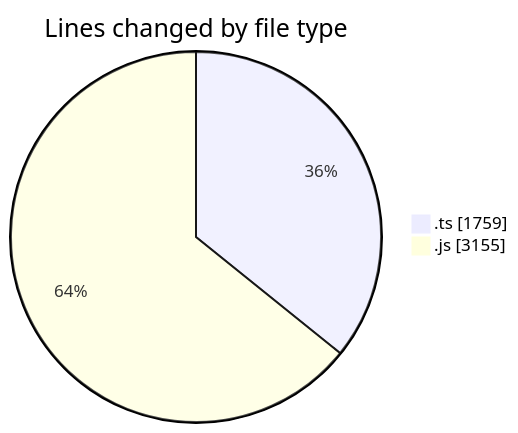
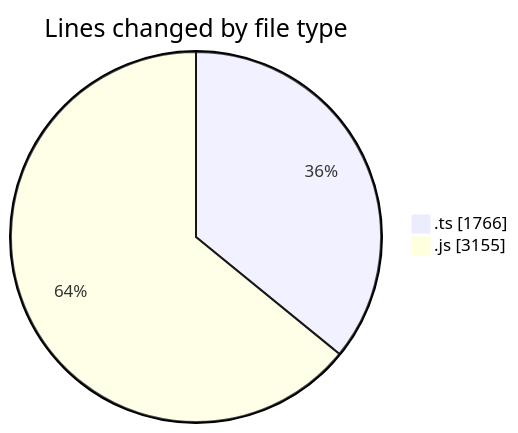
Before and after one commit to momahboobian/code-tracking: the first of 2 diagrams in 2025-07-29/cda/README.md, drawn with Mermaid. The commit also changed other lines of this file and 1 other file, not shown here.

````diff
--- a/2025-07-29/cda/README.md
+++ b/2025-07-29/cda/README.md
@@ -24,6 +24,6 @@
 ```mermaid
 pie showData
 title Lines changed by file type
-".ts" : 1759
+".ts" : 1766
 ".js" : 3155
 ```
````
